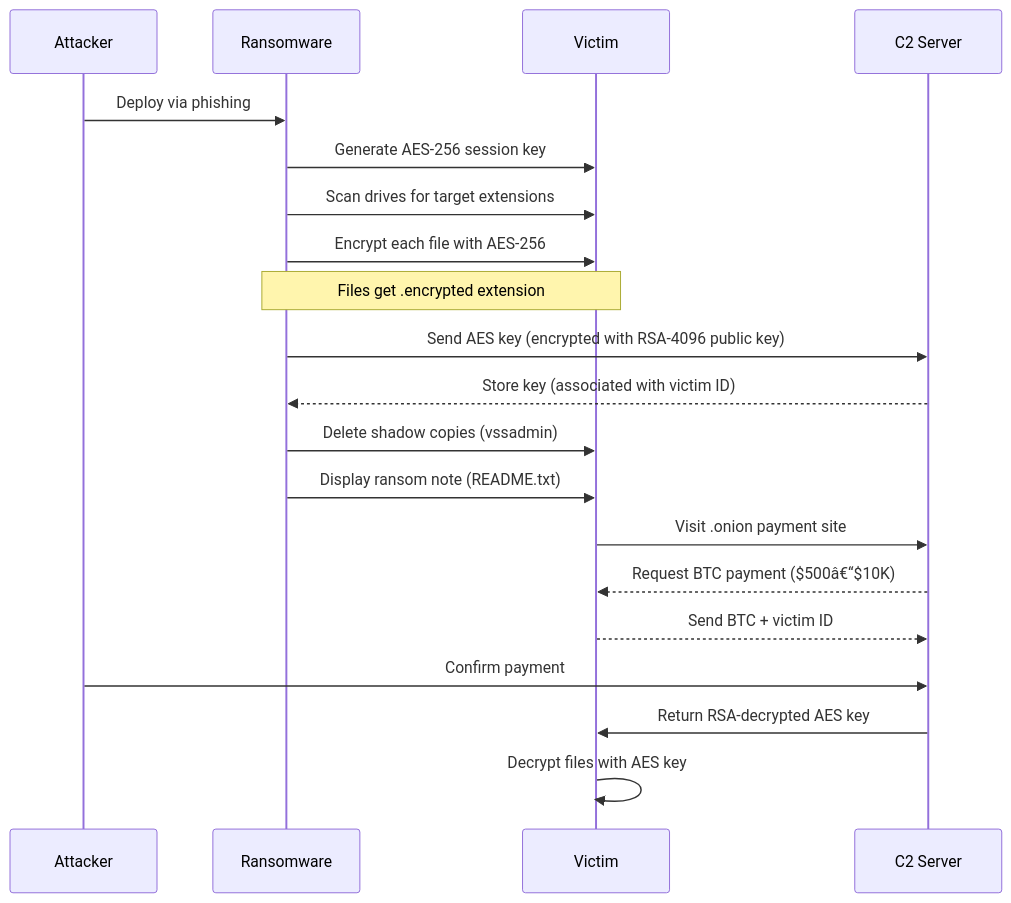
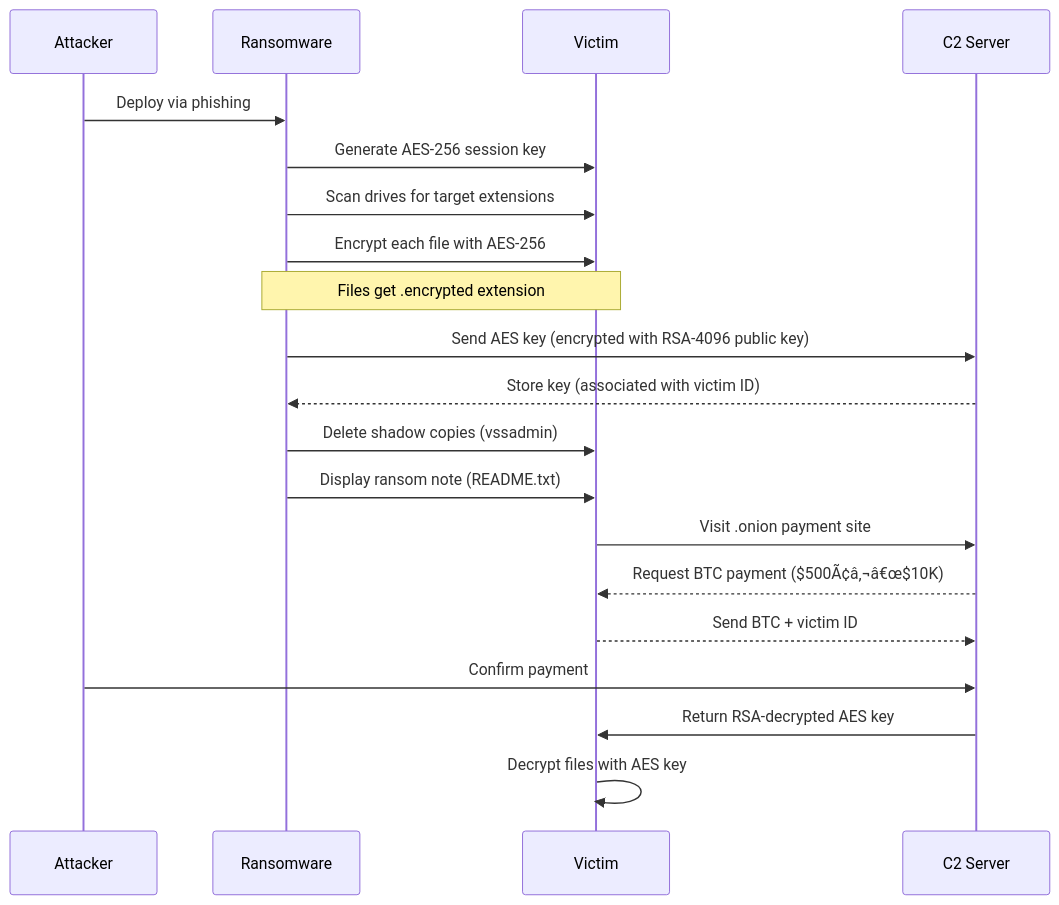
One commit to Raushan666java/ai-engineering-journey changed the fifth of 5 diagrams in docs/courses/cyber-security/04-system-software.md. Above: the diagram before and after it, drawn with Mermaid. The commit also changed other lines of this file and 735 other files, not shown here.

````diff
--- a/docs/courses/cyber-security/04-system-software.md
+++ b/docs/courses/cyber-security/04-system-software.md
@@ -3212,23 +3212,23 @@
 ```mermaid
 sequenceDiagram
     participant Attacker
     participant Ransomware
     participant Victim
     participant C2 Server
 
     Attacker->>Ransomware: Deploy via phishing
     Ransomware->>Victim: Generate AES-256 session key
     Ransomware->>Victim: Scan drives for target extensions
     Ransomware->>Victim: Encrypt each file with AES-256
     Note over Ransomware,Victim: Files get .encrypted extension
     Ransomware->>C2 Server: Send AES key (encrypted with RSA-4096 public key)
     C2 Server-->>Ransomware: Store key (associated with victim ID)
     Ransomware->>Victim: Delete shadow copies (vssadmin)
     Ransomware->>Victim: Display ransom note (README.txt)
     Victim->>C2 Server: Visit .onion payment site
-    C2 Server-->>Victim: Request BTC payment ($500â€“$10K)
+    C2 Server-->>Victim: Request BTC payment ($500Ã¢â‚¬â€œ$10K)
     Victim-->>C2 Server: Send BTC + victim ID
     Attacker->>C2 Server: Confirm payment
     C2 Server->>Victim: Return RSA-decrypted AES key
     Victim->>Victim: Decrypt files with AES key
 ```
````
